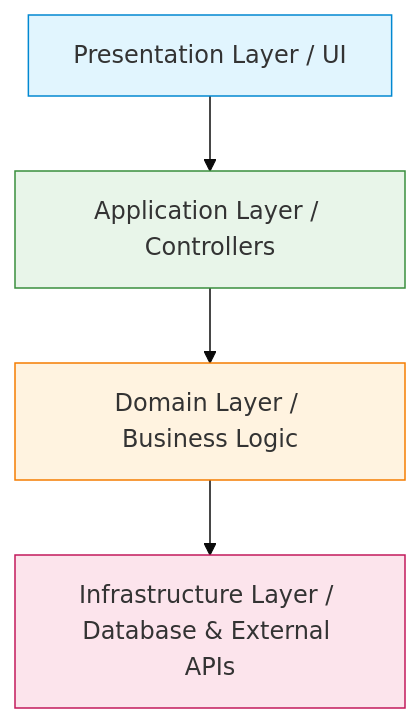
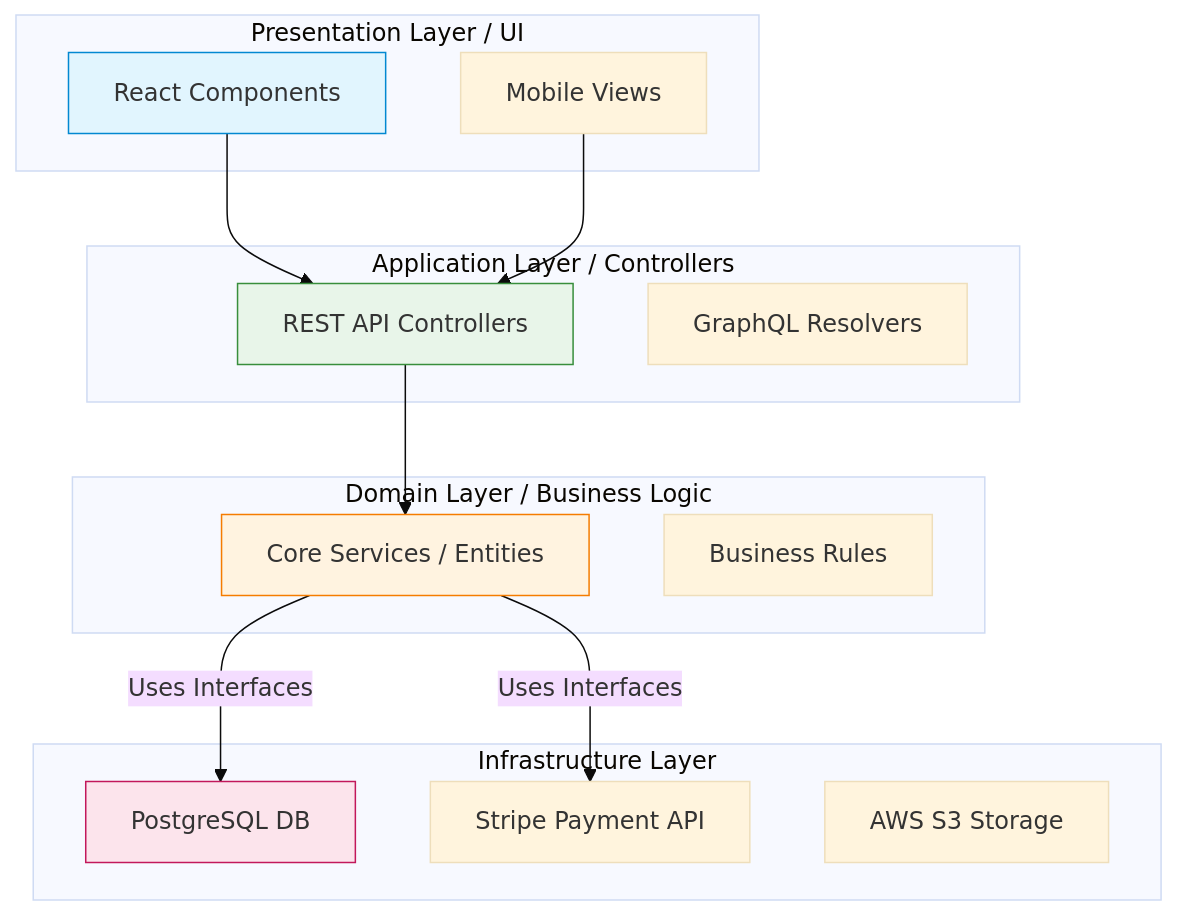
The diagram in Part 5 - Enterprise Architecture.md (dhanesh-vaishnav96/AIBuilder.md), drawn with Mermaid (base theme) before and after one commit. The commit also changed other lines of this file and 11 other files, not shown here.

````diff
--- a/Part 5 - Enterprise Architecture.md
+++ b/Part 5 - Enterprise Architecture.md
@@ -14,11 +19,34 @@
 ```mermaid
 graph TD
-    A[Presentation Layer / UI] --> B[Application Layer / Controllers]
-    B --> C[Domain Layer / Business Logic]
-    C --> D[Infrastructure Layer / Database & External APIs]
+    subgraph Presentation Layer / UI
+    A[React Components]
+    B[Mobile Views]
+    end
+    
+    subgraph Application Layer / Controllers
+    C[REST API Controllers]
+    D[GraphQL Resolvers]
+    end
+    
+    subgraph Domain Layer / Business Logic
+    E[Core Services / Entities]
+    F[Business Rules]
+    end
+    
+    subgraph Infrastructure Layer
+    G[PostgreSQL DB]
+    H[Stripe Payment API]
+    I[AWS S3 Storage]
+    end
+    
+    A --> C
+    B --> C
+    C --> E
+    E -->|Uses Interfaces| G
+    E -->|Uses Interfaces| H
     
     style A fill:#e1f5fe,stroke:#0288d1
-    style B fill:#e8f5e9,stroke:#388e3c
-    style C fill:#fff3e0,stroke:#f57c00
-    style D fill:#fce4ec,stroke:#c2185b
+    style C fill:#e8f5e9,stroke:#388e3c
+    style E fill:#fff3e0,stroke:#f57c00
+    style G fill:#fce4ec,stroke:#c2185b
 ```
````
